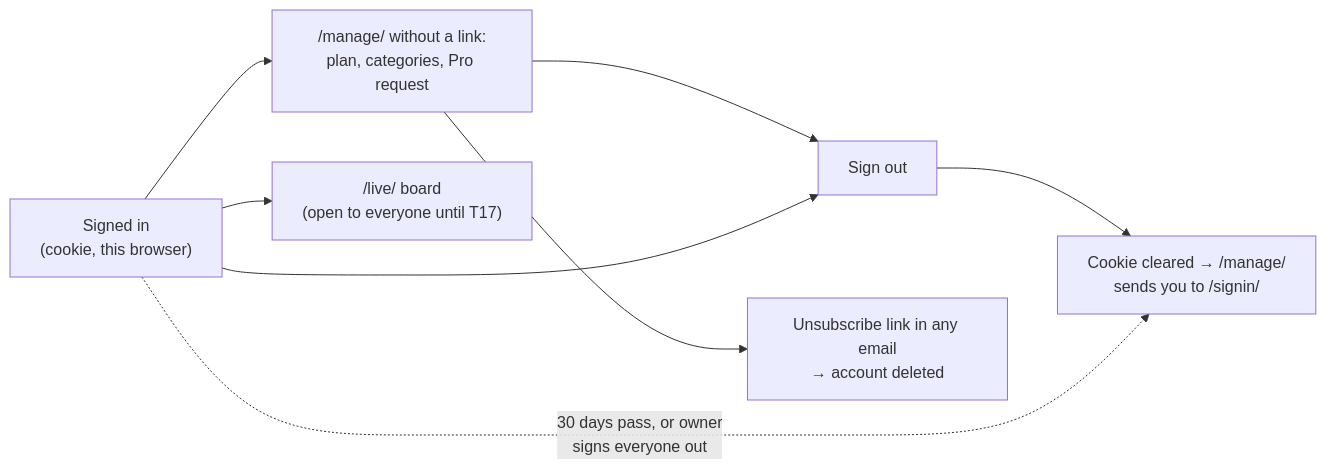
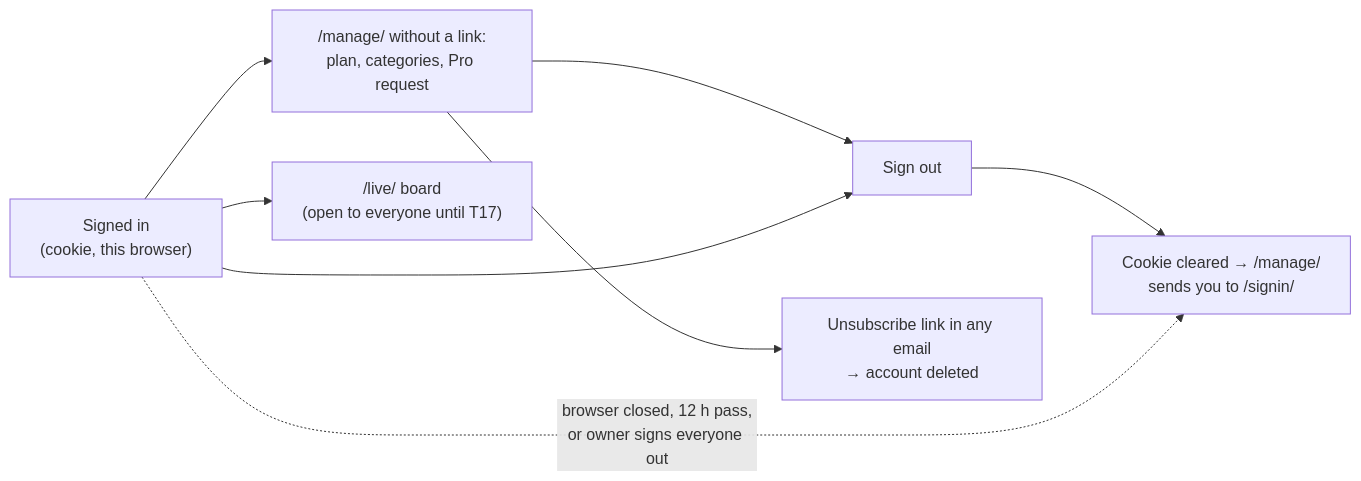
Before and after one commit to bhawnamanglapm/travel-problem-radar-case-study: the third of 3 diagrams in docs/subscriptions/account-flows.md, drawn with Mermaid. The commit also changed other lines of this file and 8 other files, not shown here.

````diff
--- a/docs/subscriptions/account-flows.md
+++ b/docs/subscriptions/account-flows.md
@@ -69,10 +69,10 @@
 ```mermaid
 flowchart LR
   S["Signed in<br/>(cookie, this browser)"] --> M["/manage/ without a link:<br/>plan, categories, Pro request"]
   S --> V["/live/ board<br/>(open to everyone until T17)"]
   M --> O["Sign out"]
   S --> O
   O --> P["Cookie cleared → /manage/<br/>sends you to /signin/"]
-  S -. "30 days pass, or owner<br/>signs everyone out" .-> P
+  S -. "browser closed, 12 h pass,<br/>or owner signs everyone out" .-> P
   M --> U["Unsubscribe link in any email<br/>→ account deleted"]
 ```
````
